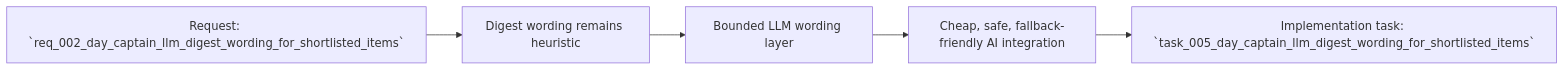
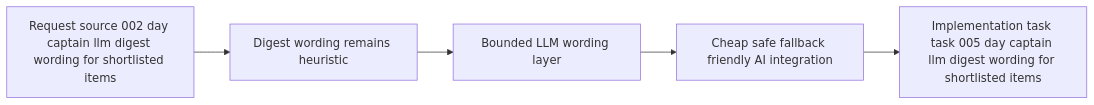
Before and after one commit to AlexAgo83/day-captain: the diagram in logics/backlog/item_002_day_captain_llm_digest_wording_for_shortlisted_items.md, drawn with Mermaid. The commit also changed 40 other files, not shown here.

Commit message:
Normalize Logics Mermaid diagrams

````diff
--- a/logics/backlog/item_002_day_captain_llm_digest_wording_for_shortlisted_items.md
+++ b/logics/backlog/item_002_day_captain_llm_digest_wording_for_shortlisted_items.md
@@ -31,7 +31,7 @@
 ```mermaid
 flowchart LR
-    Req[Request: `req_002_day_captain_llm_digest_wording_for_shortlisted_items`] --> Problem[Digest wording remains heuristic]
+    Req[Request source 002 day captain llm digest wording for shortlisted items] --> Problem[Digest wording remains heuristic]
     Problem --> Scope[Bounded LLM wording layer]
-    Scope --> AC[Cheap, safe, fallback-friendly AI integration]
-    AC --> Task[Implementation task: `task_005_day_captain_llm_digest_wording_for_shortlisted_items`]
+    Scope --> AC[Cheap safe fallback friendly AI integration]
+    AC --> Task[Implementation task task 005 day captain llm digest wording for shortlisted items]
 ```
````
